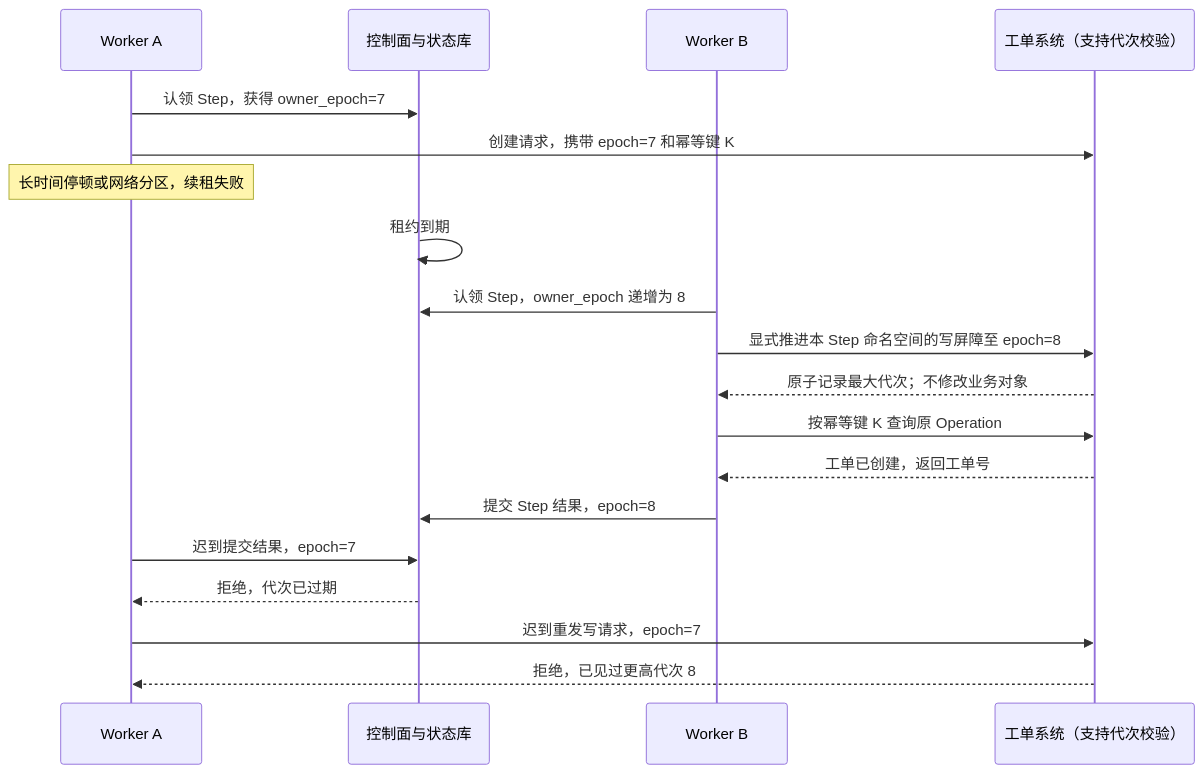
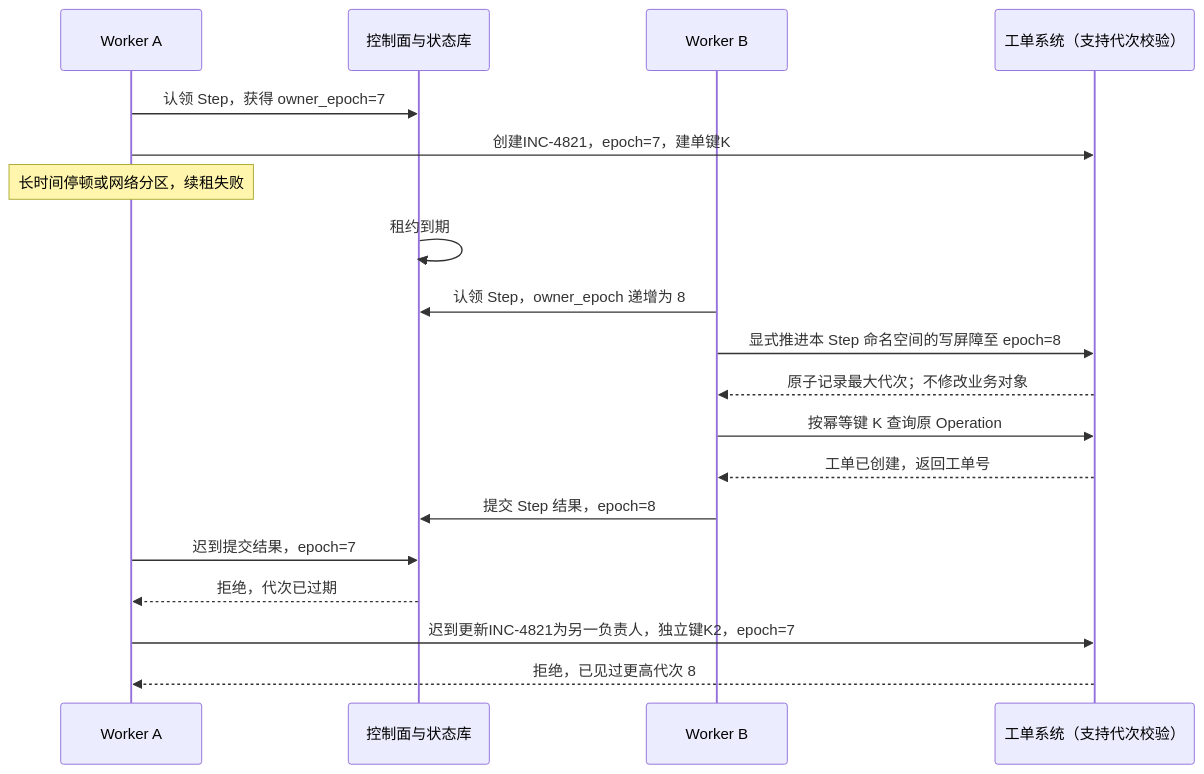
One commit to wxquare/wxquare.github.io changed the third of 4 diagrams in books/ai-book/src/part3/03-agent-runtime.md. Above: the diagram before and after it, drawn with Mermaid. The commit also changed other lines of this file and 81 other files, not shown here.

````diff
--- a/books/ai-book/src/part3/03-agent-runtime.md
+++ b/books/ai-book/src/part3/03-agent-runtime.md
@@ -1176,21 +1017,21 @@
 ```mermaid
 sequenceDiagram
     participant A as Worker A
     participant C as 控制面与状态库
     participant B as Worker B
     participant T as 工单系统（支持代次校验）
     A->>C: 认领 Step，获得 owner_epoch=7
-    A->>T: 创建请求，携带 epoch=7 和幂等键 K
+    A->>T: 创建INC-4821，epoch=7，建单键K
     Note over A: 长时间停顿或网络分区，续租失败
     C->>C: 租约到期
     B->>C: 认领 Step，owner_epoch 递增为 8
     B->>T: 显式推进本 Step 命名空间的写屏障至 epoch=8
     T-->>B: 原子记录最大代次；不修改业务对象
     B->>T: 按幂等键 K 查询原 Operation
     T-->>B: 工单已创建，返回工单号
     B->>C: 提交 Step 结果，epoch=8
     A->>C: 迟到提交结果，epoch=7
     C-->>A: 拒绝，代次已过期
-    A->>T: 迟到重发写请求，epoch=7
+    A->>T: 迟到更新INC-4821为另一负责人，独立键K2，epoch=7
     T-->>A: 拒绝，已见过更高代次 8
 ```
````
